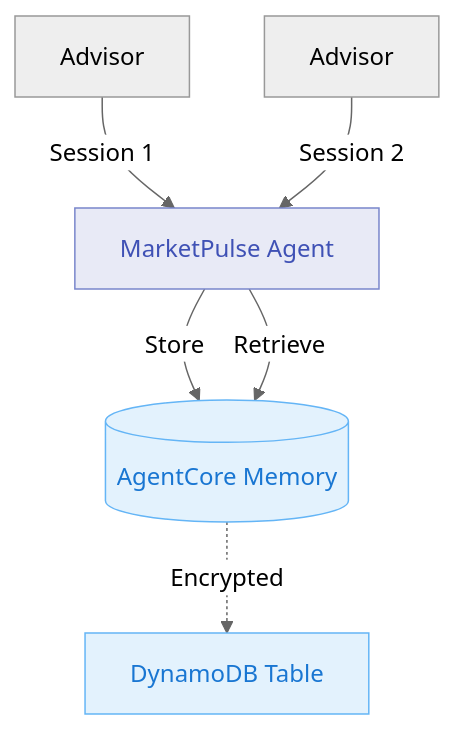
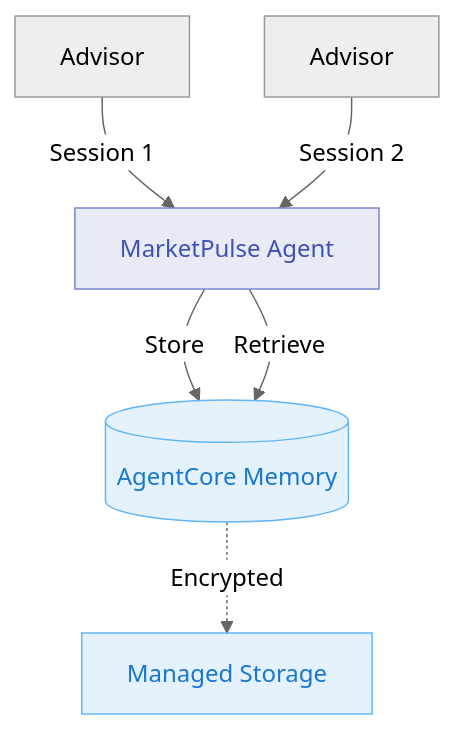
The diagram in docs/05-memory.md (mantel-lab/aws-agentcore-workshop), drawn with Mermaid (neutral theme) before and after one commit. The commit also changed other lines of this file and 11 other files, not shown here.

````diff
--- a/docs/05-memory.md
+++ b/docs/05-memory.md
@@ -33,15 +33,15 @@
 ```mermaid
 flowchart TB
     User[Advisor] -->|Session 1| Agent[MarketPulse Agent]
     Agent -->|Store| Memory[(AgentCore Memory)]
     User2[Advisor] -->|Session 2| Agent
     Agent -->|Retrieve| Memory
     
-    Memory -.->|Encrypted| DynamoDB[DynamoDB Table]
+    Memory -.->|Encrypted| Storage[Managed Storage]
     
     classDef runtime fill:#E8EAF6,stroke:#7986CB,color:#3F51B5
     classDef data fill:#E3F2FD,stroke:#64B5F6,color:#1976D2
     
     class Agent runtime
-    class Memory,DynamoDB data
+    class Memory,Storage data
 ```
````
